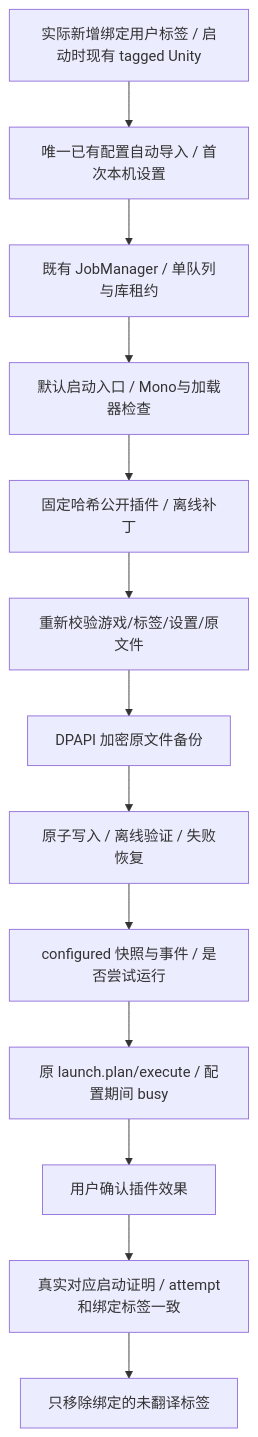
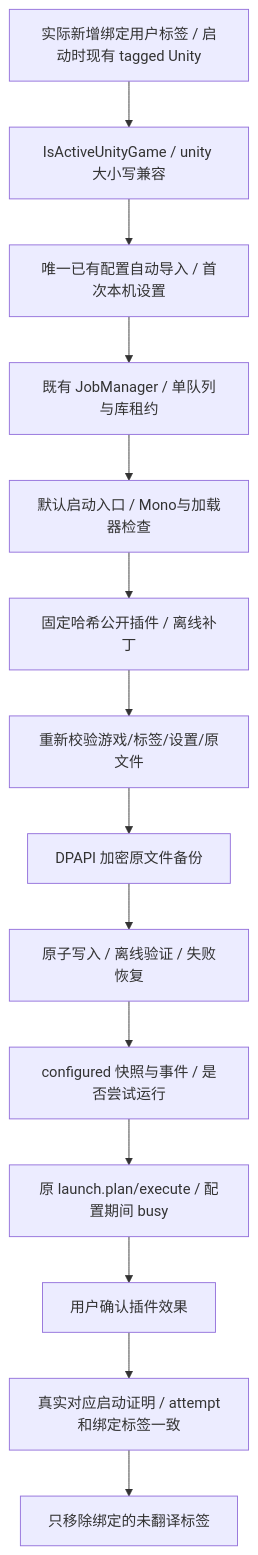
Before and after one commit to sumingwang233/GameLibrary: the third of 8 diagrams in docs/code-review-graph/flows.md, drawn with Mermaid. The commit also changed 15 other files, not shown here.

Commit message:
fix(unity): accept canonical engine IDs for translation setup v1.7.4

````diff
--- a/docs/code-review-graph/flows.md
+++ b/docs/code-review-graph/flows.md
@@ -43,15 +43,16 @@
 ```mermaid
 flowchart TD
-    Tag[实际新增绑定用户标签 / 启动时现有 tagged Unity] --> Settings[唯一已有配置自动导入 / 首次本机设置]
+    Tag[实际新增绑定用户标签 / 启动时现有 tagged Unity] --> Engine[IsActiveUnityGame / unity 大小写兼容]
+    Engine --> Settings[唯一已有配置自动导入 / 首次本机设置]
     Settings --> Queue[既有 JobManager / 单队列与库租约]
     Queue --> Inspect[默认启动入口 / Mono与加载器检查]
     Inspect --> Files[固定哈希公开插件 / 离线补丁]
     Files --> Recheck[重新校验游戏/标签/设置/原文件]
     Recheck --> Backup[DPAPI 加密原文件备份]
     Backup --> Write[原子写入 / 离线验证 / 失败恢复]
     Write --> Prompt[configured 快照与事件 / 是否尝试运行]
     Prompt --> Launch[原 launch.plan/execute / 配置期间 busy]
     Launch --> Result[用户确认插件效果]
     Result --> Confirm[真实对应启动证明 / attempt和绑定标签一致]
     Confirm --> Untag[只移除绑定的未翻译标签]
 ```
````
